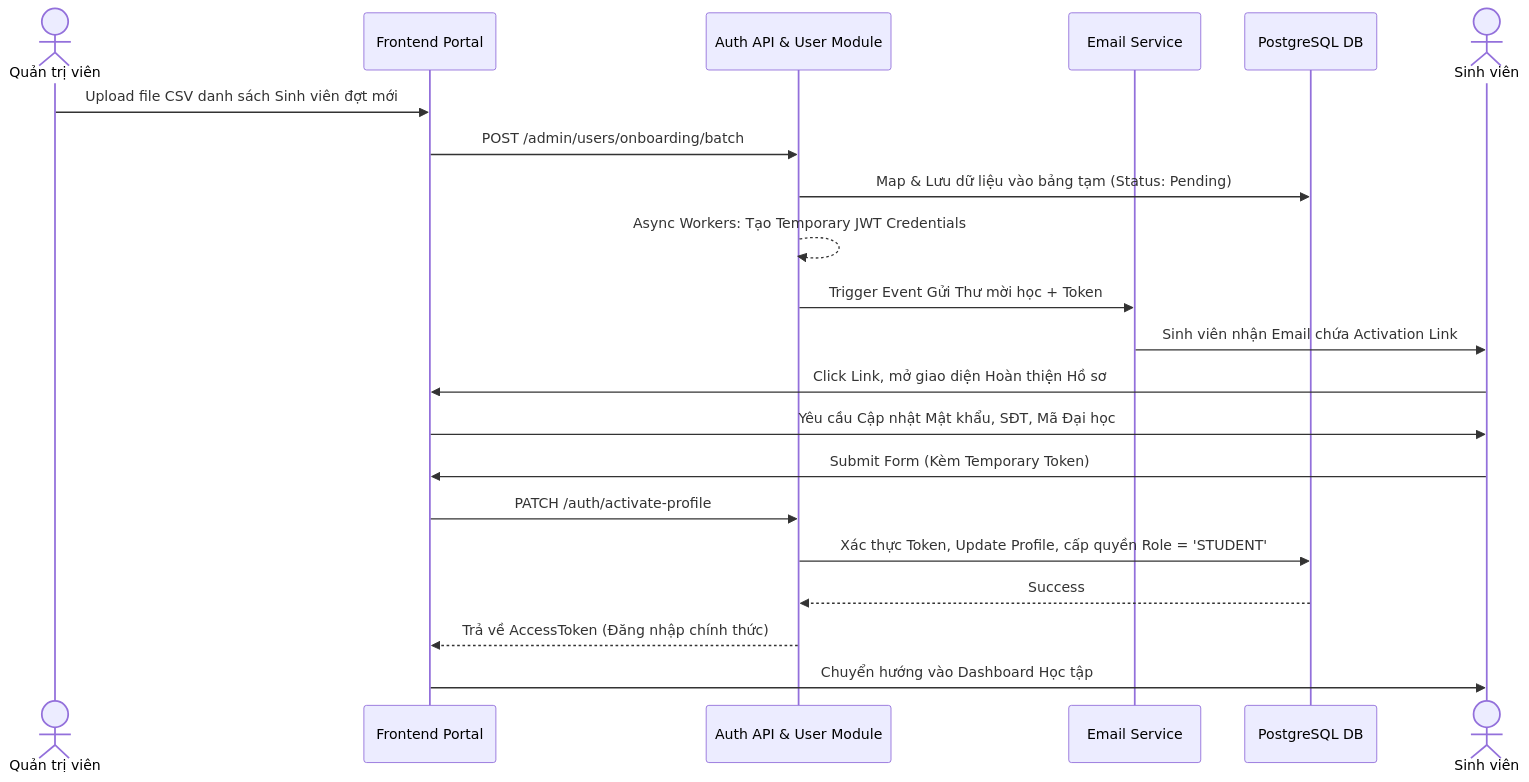
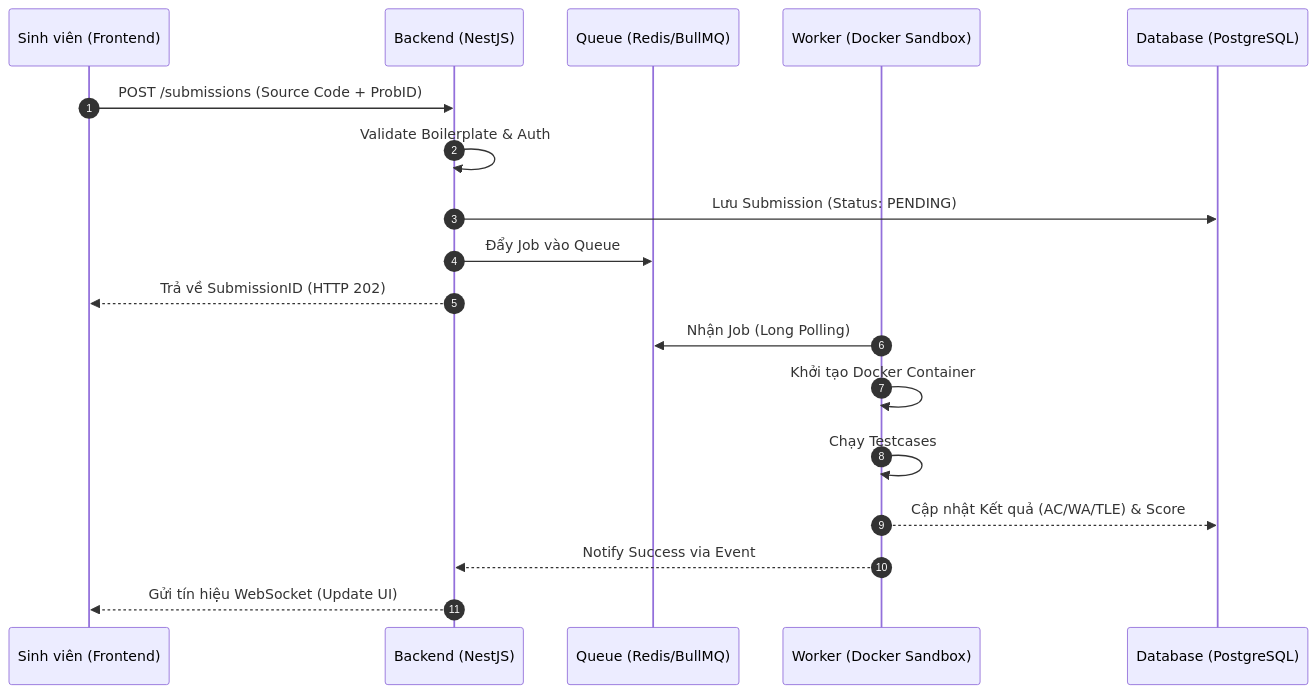
Before and after one commit to ARPHAM/codelearn-fe: the fifth of 7 diagrams in CodeLearn_BaoCao/03_Chapter_3_Design.md, drawn with Mermaid. The commit also changed other lines of this file and 7 other files, not shown here.

````diff
--- a/CodeLearn_BaoCao/03_Chapter_3_Design.md
+++ b/CodeLearn_BaoCao/03_Chapter_3_Design.md
@@ -79,24 +334,22 @@
 ```mermaid
 sequenceDiagram
-    actor Admin as Quản trị viên
-    participant FE as Frontend Portal
-    participant API as Auth API & User Module
-    participant Email as Email Service
-    participant DB as PostgreSQL DB
-    actor Student as Sinh viên
+    autonumber
+    participant S as Sinh viên (Frontend)
+    participant API as Backend (NestJS)
+    participant Q as Queue (Redis/BullMQ)
+    participant W as Worker (Docker Sandbox)
+    participant DB as Database (PostgreSQL)
 
-    Admin->>FE: Upload file CSV danh sách Sinh viên đợt mới
-    FE->>API: POST /admin/users/onboarding/batch
-    API->>DB: Map & Lưu dữ liệu vào bảng tạm (Status: Pending)
-    API-->>API: Async Workers: Tạo Temporary JWT Credentials 
-    API->>Email: Trigger Event Gửi Thư mời học + Token
-    Email->>Student: Sinh viên nhận Email chứa Activation Link
-    Student->>FE: Click Link, mở giao diện Hoàn thiện Hồ sơ
-    FE->>Student: Yêu cầu Cập nhật Mật khẩu, SĐT, Mã Đại học
-    Student->>FE: Submit Form (Kèm Temporary Token)
-    FE->>API: PATCH /auth/activate-profile
-    API->>DB: Xác thực Token, Update Profile, cấp quyền Role = 'STUDENT'
-    DB-->>API: Success
-    API-->>FE: Trả về AccessToken (Đăng nhập chính thức)
-    FE->>Student: Chuyển hướng vào Dashboard Học tập
+    S->>API: POST /submissions (Source Code + ProbID)
+    API->>API: Validate Boilerplate & Auth
+    API->>DB: Lưu Submission (Status: PENDING)
+    API->>Q: Đẩy Job vào Queue
+    API-->>S: Trả về SubmissionID (HTTP 202)
+    
+    W->>Q: Nhận Job (Long Polling)
+    W->>W: Khởi tạo Docker Container
+    W->>W: Chạy Testcases
+    W-->>DB: Cập nhật Kết quả (AC/WA/TLE) & Score
+    W-->>API: Notify Success via Event
+    API-->>S: Gửi tín hiệu WebSocket (Update UI)
 ```
````
